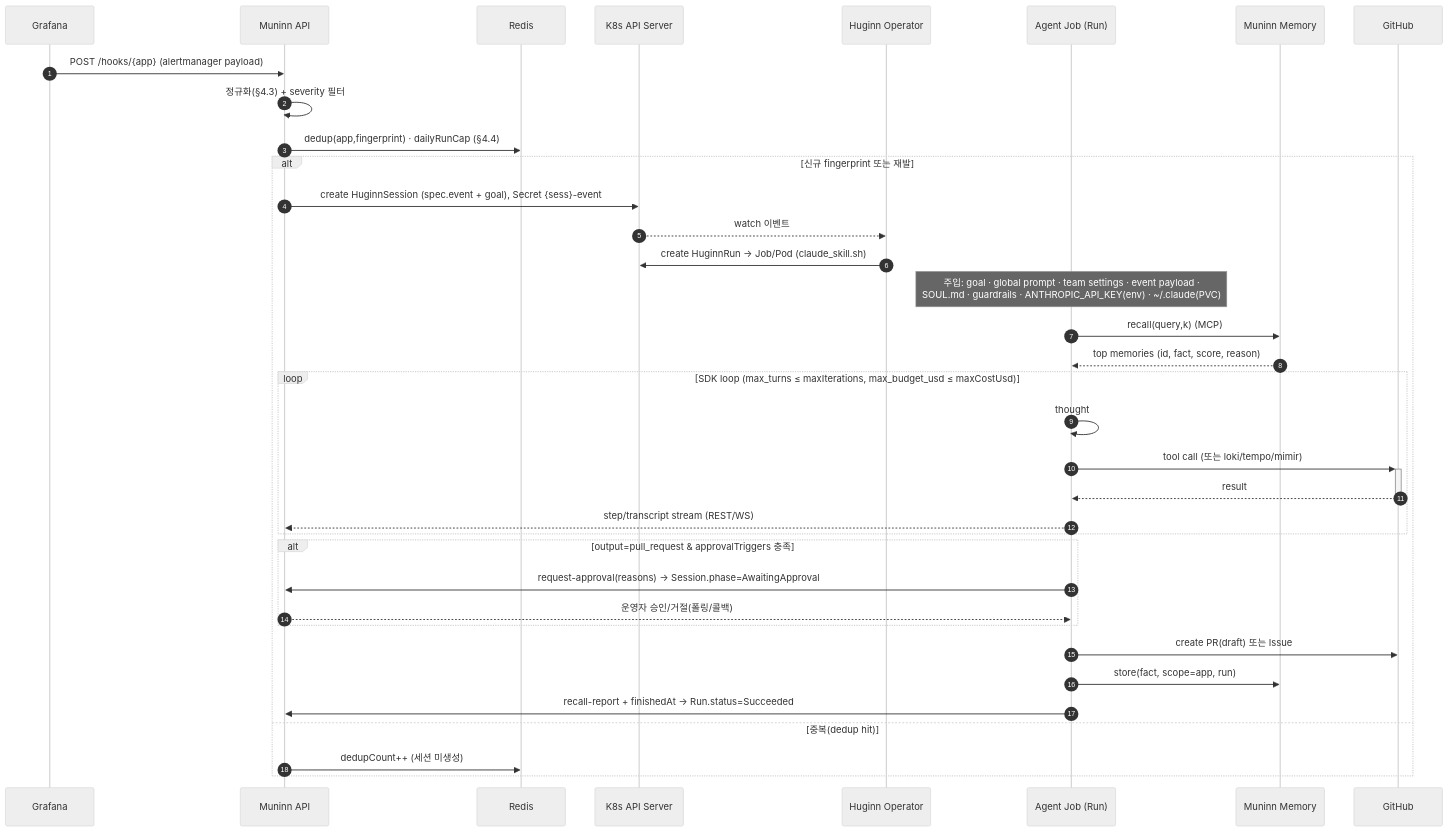
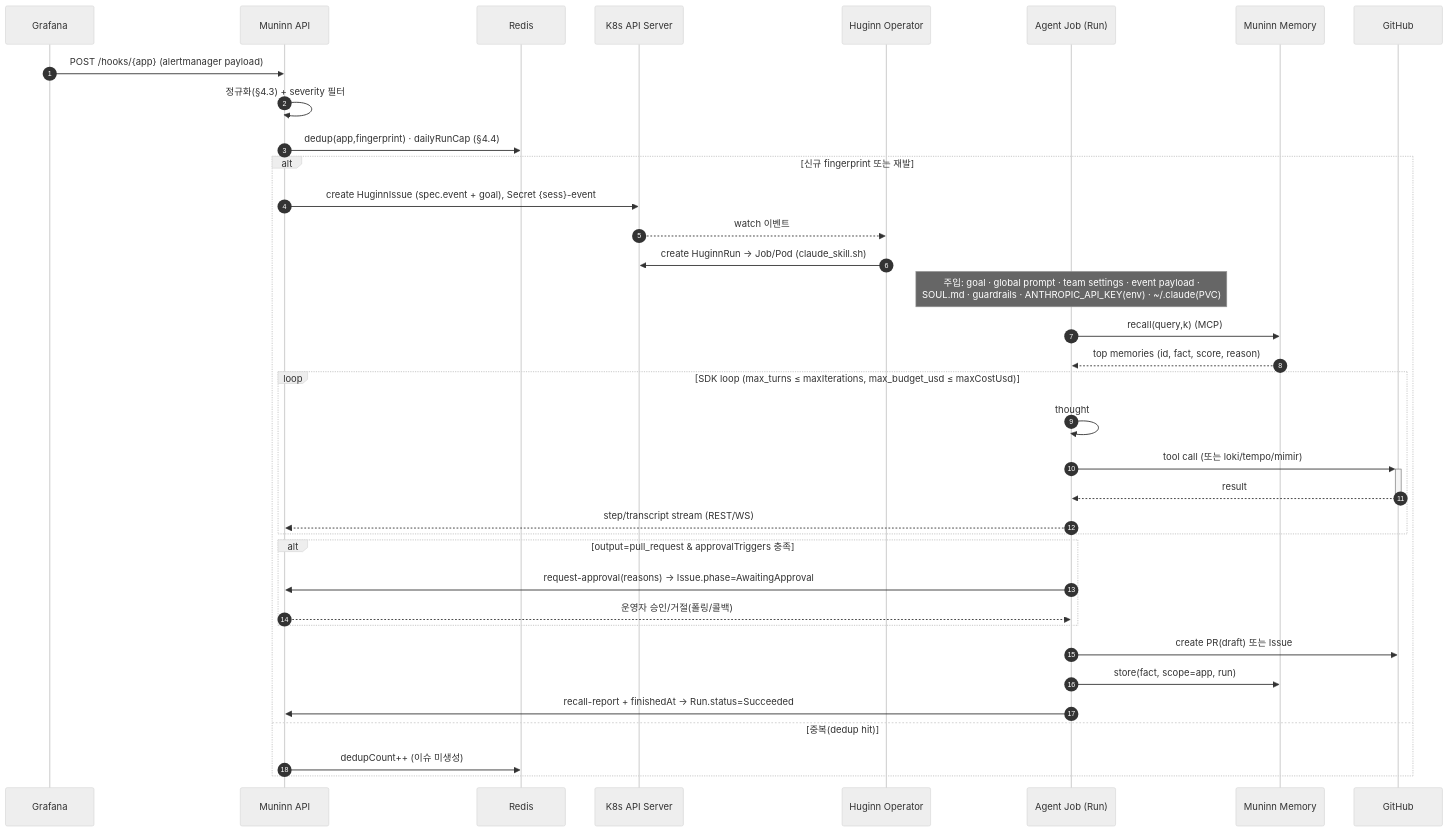
The fourth of 5 diagrams in docs/design/muninn-devops-agent-platform.md (KimSoungRyoul/muninn), drawn with Mermaid (neutral theme) before and after one commit. The commit also changed other lines of this file and 35 other files, not shown here.

First line of the commit message:
refactor: HuginnSession→HuginnIssue 전면 개명 (Operator·docs·web) + 출력 issue→github_issue

````diff
--- a/docs/design/muninn-devops-agent-platform.md
+++ b/docs/design/muninn-devops-agent-platform.md
@@ -231,39 +231,39 @@
 ```mermaid
 sequenceDiagram
     autonumber
     participant G as Grafana
     participant API as Muninn API
     participant R as Redis
     participant K as K8s API Server
     participant OP as Huginn Operator
     participant A as Agent Job (Run)
     participant M as Muninn Memory
     participant GH as GitHub
 
     G->>API: POST /hooks/{app} (alertmanager payload)
     API->>API: 정규화(§4.3) + severity 필터
     API->>R: dedup(app,fingerprint) · dailyRunCap (§4.4)
     alt 신규 fingerprint 또는 재발
-        API->>K: create HuginnSession (spec.event + goal), Secret {sess}-event
+        API->>K: create HuginnIssue (spec.event + goal), Secret {sess}-event
         K-->>OP: watch 이벤트
         OP->>K: create HuginnRun → Job/Pod (claude_skill.sh)
         Note over A: 주입: goal · global prompt · team settings · event payload ·<br/>SOUL.md · guardrails · ANTHROPIC_API_KEY(env) · ~/.claude(PVC)
         A->>M: recall(query,k) (MCP)
         M-->>A: top memories (id, fact, score, reason)
         loop SDK loop (max_turns ≤ maxIterations, max_budget_usd ≤ maxCostUsd)
             A->>A: thought
             A->>+GH: tool call (또는 loki/tempo/mimir)
             GH-->>-A: result
             A-->>API: step/transcript stream (REST/WS)
         end
         alt output=pull_request & approvalTriggers 충족
-            A->>API: request-approval(reasons) → Session.phase=AwaitingApproval
+            A->>API: request-approval(reasons) → Issue.phase=AwaitingApproval
             API-->>A: 운영자 승인/거절(폴링/콜백)
         end
         A->>GH: create PR(draft) 또는 Issue
         A->>M: store(fact, scope=app, run)
         A->>API: recall-report + finishedAt → Run.status=Succeeded
     else 중복(dedup hit)
-        API->>R: dedupCount++ (세션 미생성)
+        API->>R: dedupCount++ (이슈 미생성)
     end
 ```
````
